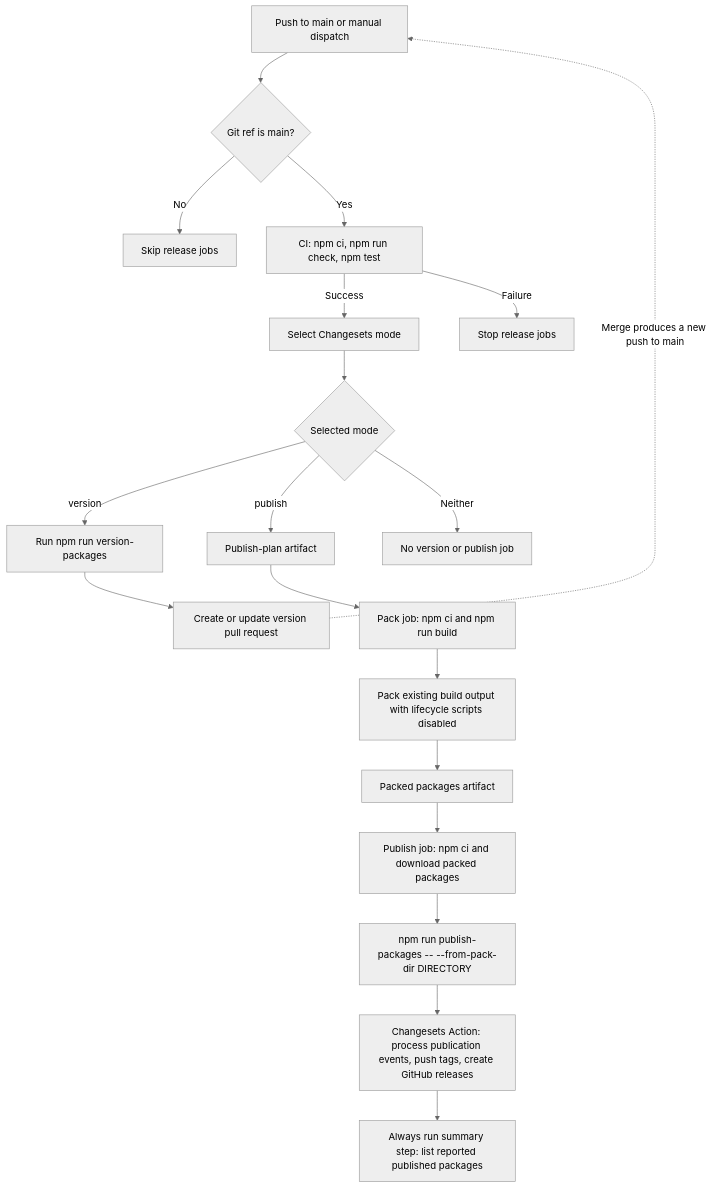
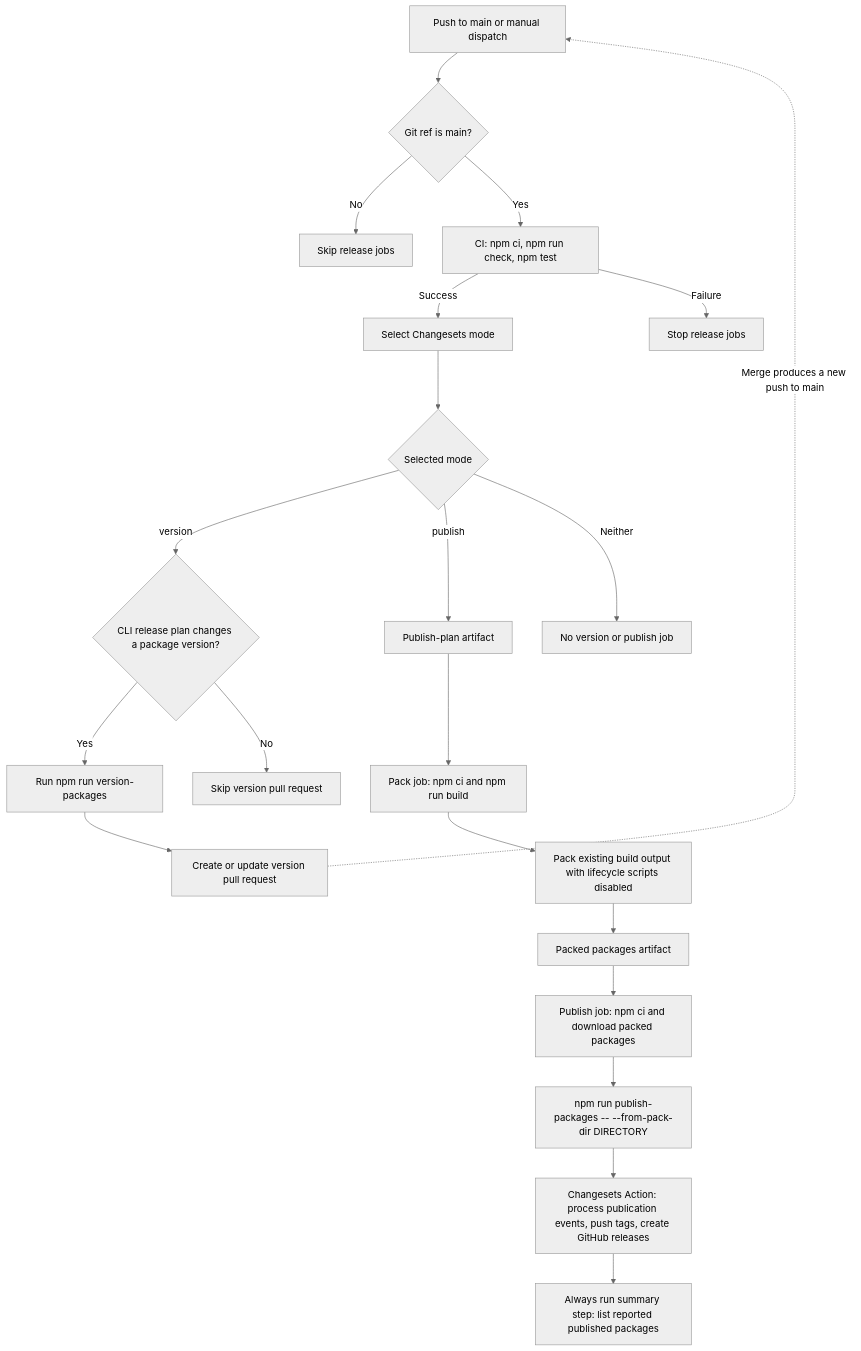
Before and after one commit to narumiruna/pi-extensions: the diagram in docs/publish-workflow.md, drawn with Mermaid (neutral theme). The commit also changed other lines of this file and 5 other files, not shown here.

Commit message:
fix(release): avoid empty version pull requests

````diff
--- a/docs/publish-workflow.md
+++ b/docs/publish-workflow.md
@@ -5,21 +5,23 @@
 ```mermaid
 flowchart TD
     Trigger["Push to main or manual dispatch"] --> Main{"Git ref is main?"}
     Main -->|No| Skip["Skip release jobs"]
     Main -->|Yes| CI["CI: npm ci, npm run check, npm test"]
     CI -->|Success| Select["Select Changesets mode"]
     CI -->|Failure| Stop["Stop release jobs"]
     Select --> Mode{"Selected mode"}
-    Mode -->|version| Version["Run npm run version-packages"]
+    Mode -->|version| VersionPlan{"CLI release plan changes a package version?"}
+    VersionPlan -->|Yes| Version["Run npm run version-packages"]
+    VersionPlan -->|No| SkipPR["Skip version pull request"]
     Version --> PR["Create or update version pull request"]
     PR -. "Merge produces a new push to main" .-> Trigger
     Mode -->|publish| Plan["Publish-plan artifact"]
     Plan --> Pack["Pack job: npm ci and npm run build"]
     Pack --> Tarballs["Pack existing build output with lifecycle scripts disabled"]
     Tarballs --> Artifact["Packed packages artifact"]
     Artifact --> Publish["Publish job: npm ci and download packed packages"]
     Publish --> Native["npm run publish-packages -- --from-pack-dir DIRECTORY"]
     Native --> Action["Changesets Action: process publication events, push tags, create GitHub releases"]
     Action --> Summary["Always run summary step: list reported published packages"]
     Mode -->|Neither| None["No version or publish job"]
 ```
````
